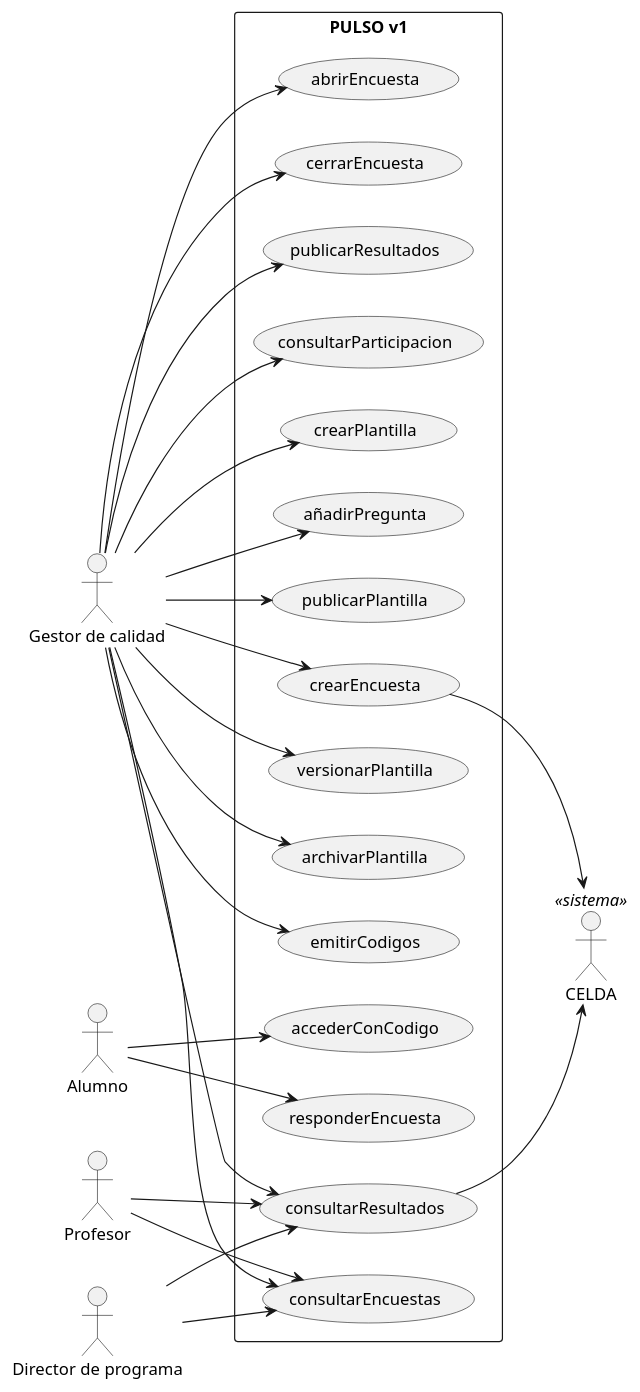
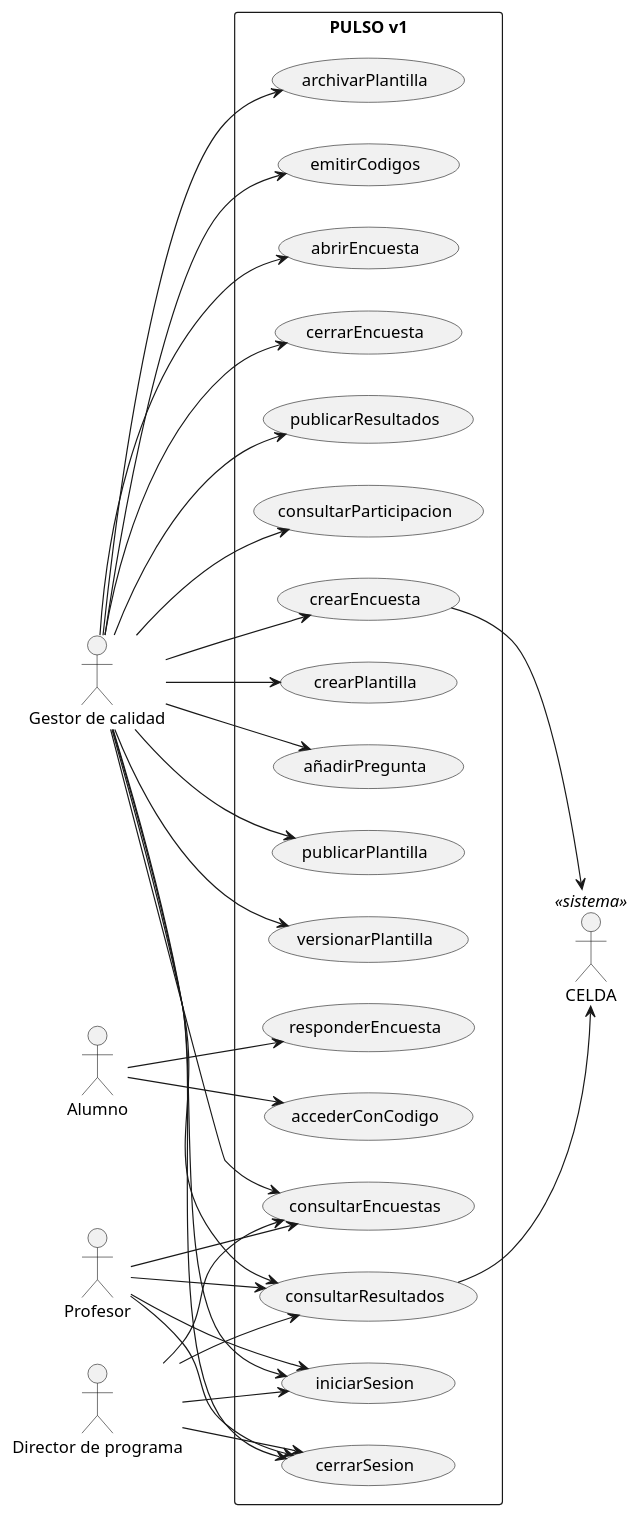
One commit to mmasias/pyPULSO changed the diagram in RUP/01-requisitos/01-actores-casos-uso/actoresCasosUso.puml. Above: the diagram before and after it, drawn with PlantUML. The commit also changed 23 other files, not shown here.

```diff
--- a/RUP/01-requisitos/01-actores-casos-uso/actoresCasosUso.puml
+++ b/RUP/01-requisitos/01-actores-casos-uso/actoresCasosUso.puml
@@ -1,48 +1,56 @@
 @startuml actoresCasosUso
 left to right direction
 actor "Gestor de calidad" as G
 actor "Alumno" as A
 actor "Profesor" as P
 actor "Director de programa" as D
 actor "CELDA" as C <<sistema>>
 
 rectangle "PULSO v1" {
+  usecase "iniciarSesion" as UC0
+  usecase "cerrarSesion" as UC00
   usecase "crearPlantilla" as UC1
   usecase "añadirPregunta" as UC2
   usecase "publicarPlantilla" as UC3
   usecase "versionarPlantilla" as UC4
   usecase "archivarPlantilla" as UC5
   usecase "crearEncuesta" as UC6
   usecase "emitirCodigos" as UC7
   usecase "abrirEncuesta" as UC8
   usecase "cerrarEncuesta" as UC9
   usecase "publicarResultados" as UC10
   usecase "consultarParticipacion" as UC11
   usecase "accederConCodigo" as UC12
   usecase "responderEncuesta" as UC13
   usecase "consultarResultados" as UC14
   usecase "consultarEncuestas" as UC15
 }
 
+G --> UC0
+G --> UC00
+P --> UC0
+P --> UC00
+D --> UC0
+D --> UC00
 G --> UC1
 G --> UC2
 G --> UC3
 G --> UC4
 G --> UC5
 G --> UC6
 G --> UC7
 G --> UC8
 G --> UC9
 G --> UC10
 G --> UC11
 G --> UC14
 G --> UC15
 A --> UC12
 A --> UC13
 P --> UC14
 P --> UC15
 D --> UC14
 D --> UC15
 UC6 --> C
 UC14 --> C
 @enduml
```
